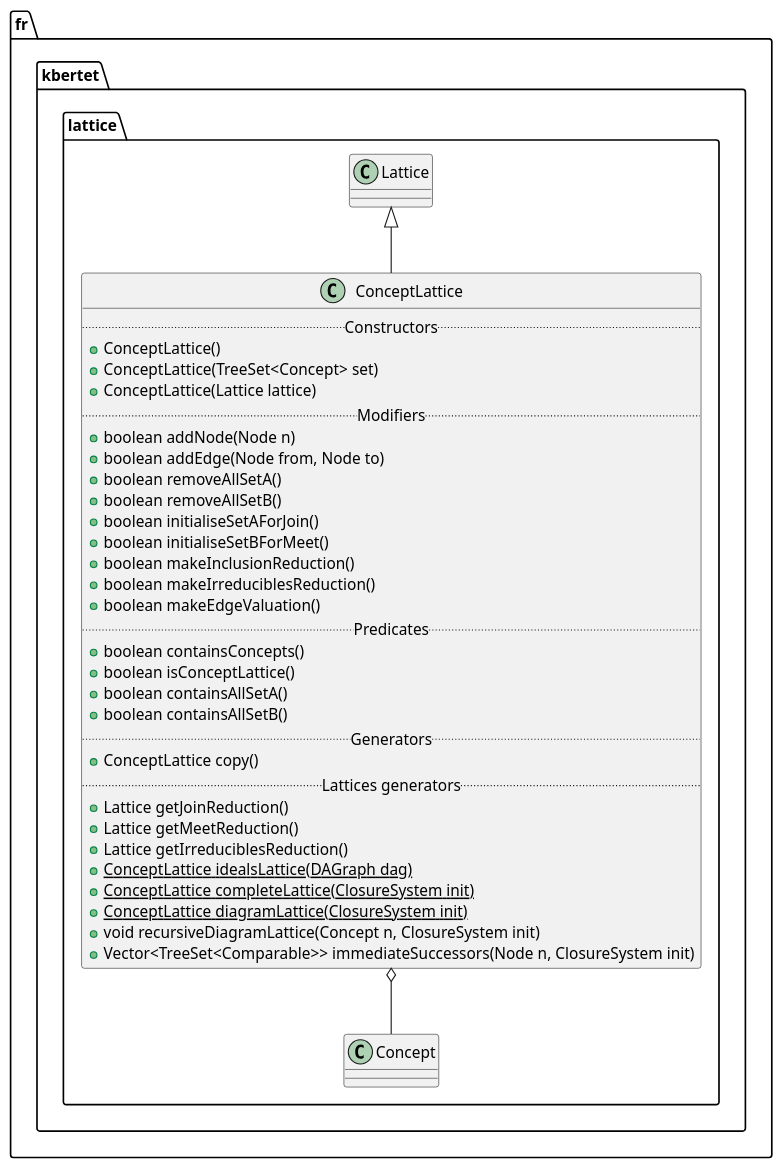
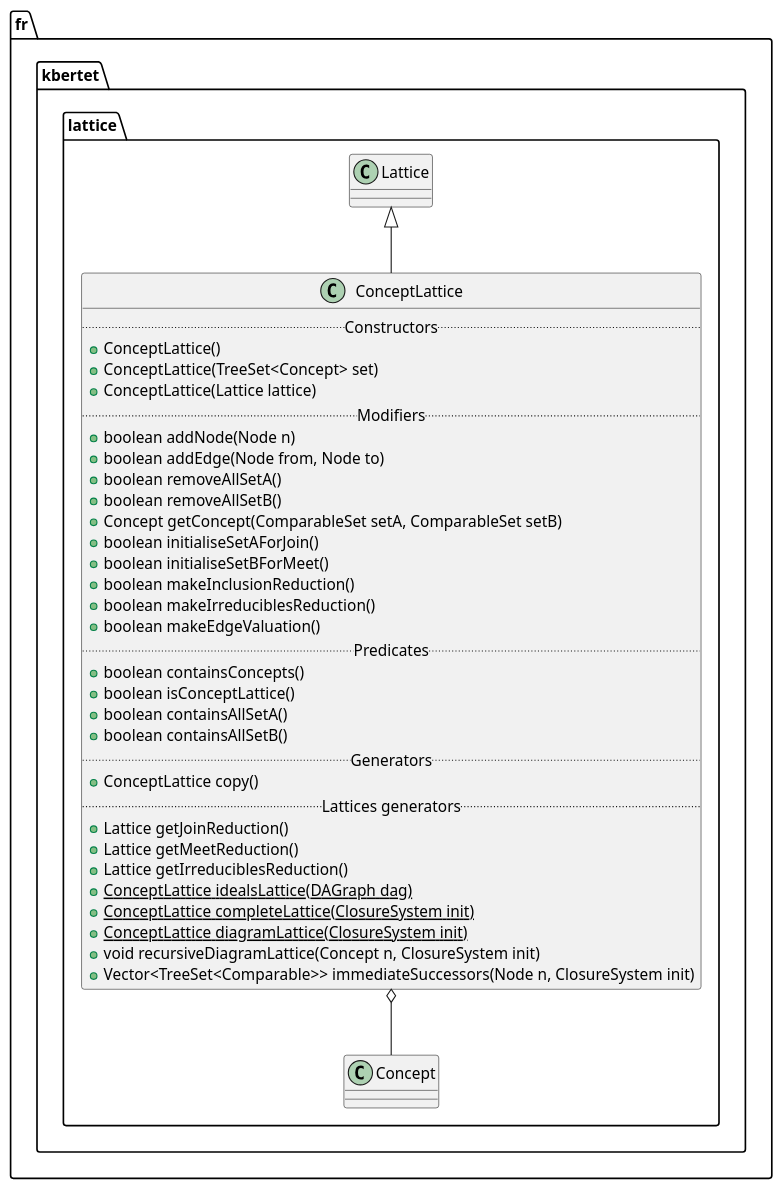
The diagram in src/fr/kbertet/lattice/ConceptLattice.iuml (thegalactic/java-lattices), drawn with PlantUML before and after one commit. The commit also changed 7 other files, not shown here.

```diff
--- a/src/fr/kbertet/lattice/ConceptLattice.iuml
+++ b/src/fr/kbertet/lattice/ConceptLattice.iuml
@@ -1,37 +1,38 @@
 package fr.kbertet.lattice {
     class ConceptLattice {
         .. Constructors ..
         +ConceptLattice()
         +ConceptLattice(TreeSet<Concept> set)
         +ConceptLattice(Lattice lattice)
         .. Modifiers ..
         +boolean addNode(Node n)
         +boolean addEdge(Node from, Node to)
         +boolean removeAllSetA()
         +boolean removeAllSetB()
+        +Concept getConcept(ComparableSet setA, ComparableSet setB)
         +boolean initialiseSetAForJoin()
         +boolean initialiseSetBForMeet()
         +boolean makeInclusionReduction()
         +boolean makeIrreduciblesReduction()
         +boolean makeEdgeValuation()
         .. Predicates ..
         +boolean containsConcepts()
         +boolean isConceptLattice()
         +boolean containsAllSetA()
         +boolean containsAllSetB()
         .. Generators ..
         +ConceptLattice copy()
         .. Lattices generators ..
         +Lattice getJoinReduction()
         +Lattice getMeetReduction()
         +Lattice getIrreduciblesReduction()
         +{static} ConceptLattice idealsLattice(DAGraph dag)
         +{static} ConceptLattice completeLattice(ClosureSystem init)
         +{static} ConceptLattice diagramLattice(ClosureSystem init)
         +void recursiveDiagramLattice(Concept n, ClosureSystem init)
         +Vector<TreeSet<Comparable>> immediateSuccessors(Node n, ClosureSystem init)
     }
 
     Lattice <|-- ConceptLattice
     ConceptLattice o-- Concept
 }
```
